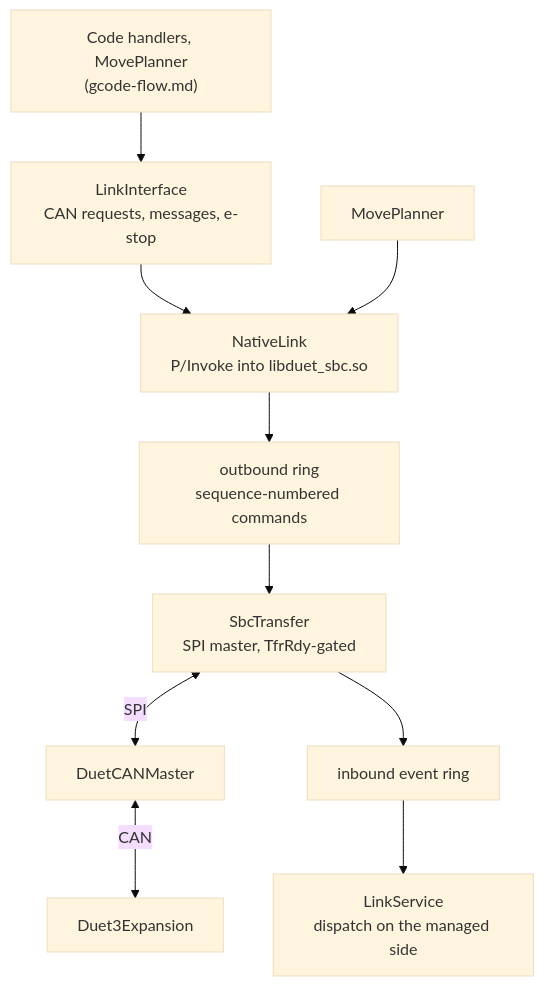
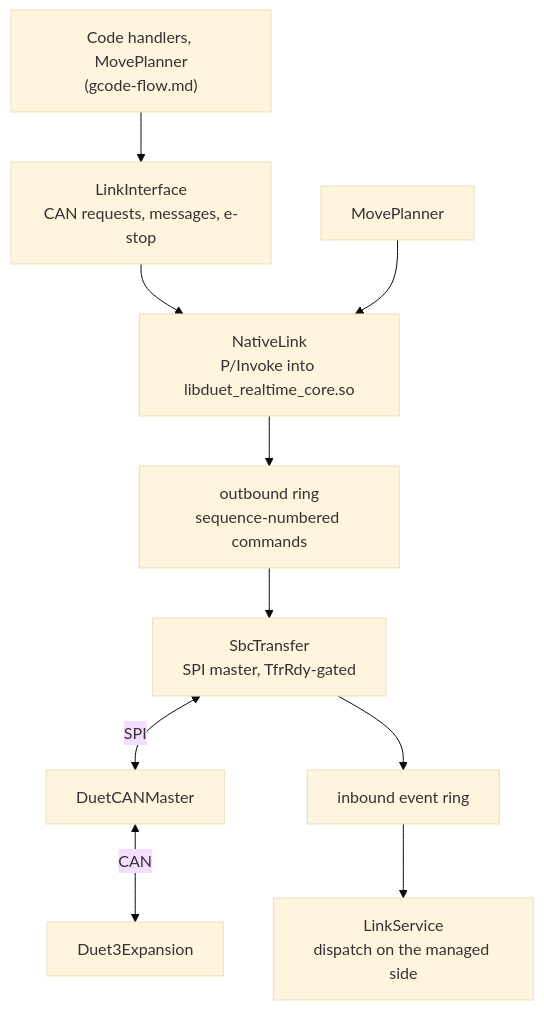
The diagram in src/Documentation/articles/firmware-link.md (Duet3D/DuetSoftwareFramework), drawn with Mermaid (base theme) before and after one commit. The commit also changed 48 other files, not shown here.

First line of the commit message:
refactor: rename the DuetRealtimeCore targets, artifacts and C ABI

````diff
--- a/src/Documentation/articles/firmware-link.md
+++ b/src/Documentation/articles/firmware-link.md
@@ -29,12 +29,12 @@
 ```mermaid
 flowchart TD
     HANDLERS["Code handlers, MovePlanner<br/>(gcode-flow.md)"] --> LI["LinkInterface<br/>CAN requests, messages, e-stop"]
-    LI --> NL["NativeLink<br/>P/Invoke into libduet_sbc.so"]
+    LI --> NL["NativeLink<br/>P/Invoke into libduet_realtime_core.so"]
     MP["MovePlanner"] --> NL
     NL --> RING["outbound ring<br/>sequence-numbered commands"]
     RING --> XFER["SbcTransfer<br/>SPI master, TfrRdy-gated"]
     XFER <-->|"SPI"| CM["DuetCANMaster"]
     CM <-->|"CAN"| EXP["Duet3Expansion"]
     XFER --> EVENTS["inbound event ring"]
     EVENTS --> LS["LinkService<br/>dispatch on the managed side"]
 ```
````
